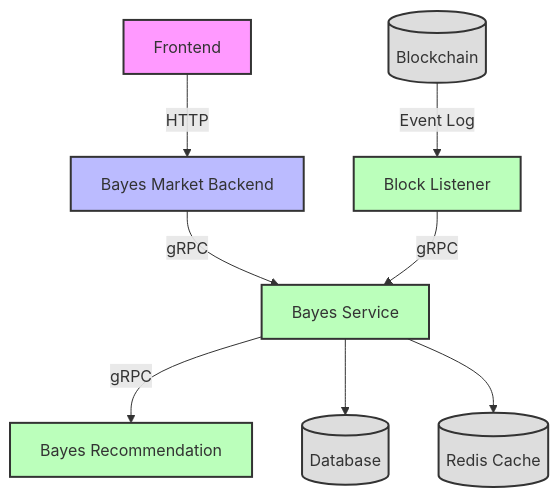
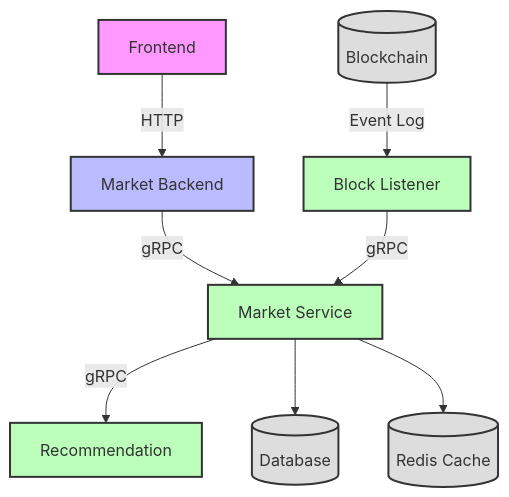
The diagram in src/block-listener/README.md (jackyzhuus-sudo/promethex), drawn with Mermaid before and after one commit. The commit also changed other lines of this file and 74 other files, not shown here.

````diff
--- a/src/block-listener/README.md
+++ b/src/block-listener/README.md
@@ -7,32 +7,32 @@
 ```mermaid
 graph TB
     A[Frontend]
 
-    B[Bayes Market Backend]
+    B[Market Backend]
 
-    C[Bayes Service]
-    D[Bayes Recommendation]
+    C[Market Service]
+    D[Recommendation]
     E[Block Listener]
 
     F[(Database)]
     G[(Redis Cache)]
     H[(Blockchain)]
 
     A -->|HTTP| B
     B -->|gRPC| C
     C -->|gRPC| D
     C --> F
     C --> G
     H -->|Event Log| E
     E -->|gRPC| C
 
     classDef frontend fill:#f9f,stroke:#333,stroke-width:2px;
     classDef bff fill:#bbf,stroke:#333,stroke-width:2px;
     classDef microservice fill:#bfb,stroke:#333,stroke-width:2px;
     classDef storage fill:#ddd,stroke:#333,stroke-width:2px;
 
     class A frontend;
     class B bff;
     class C,D,E microservice;
     class F,G,H storage;
 ```
````
